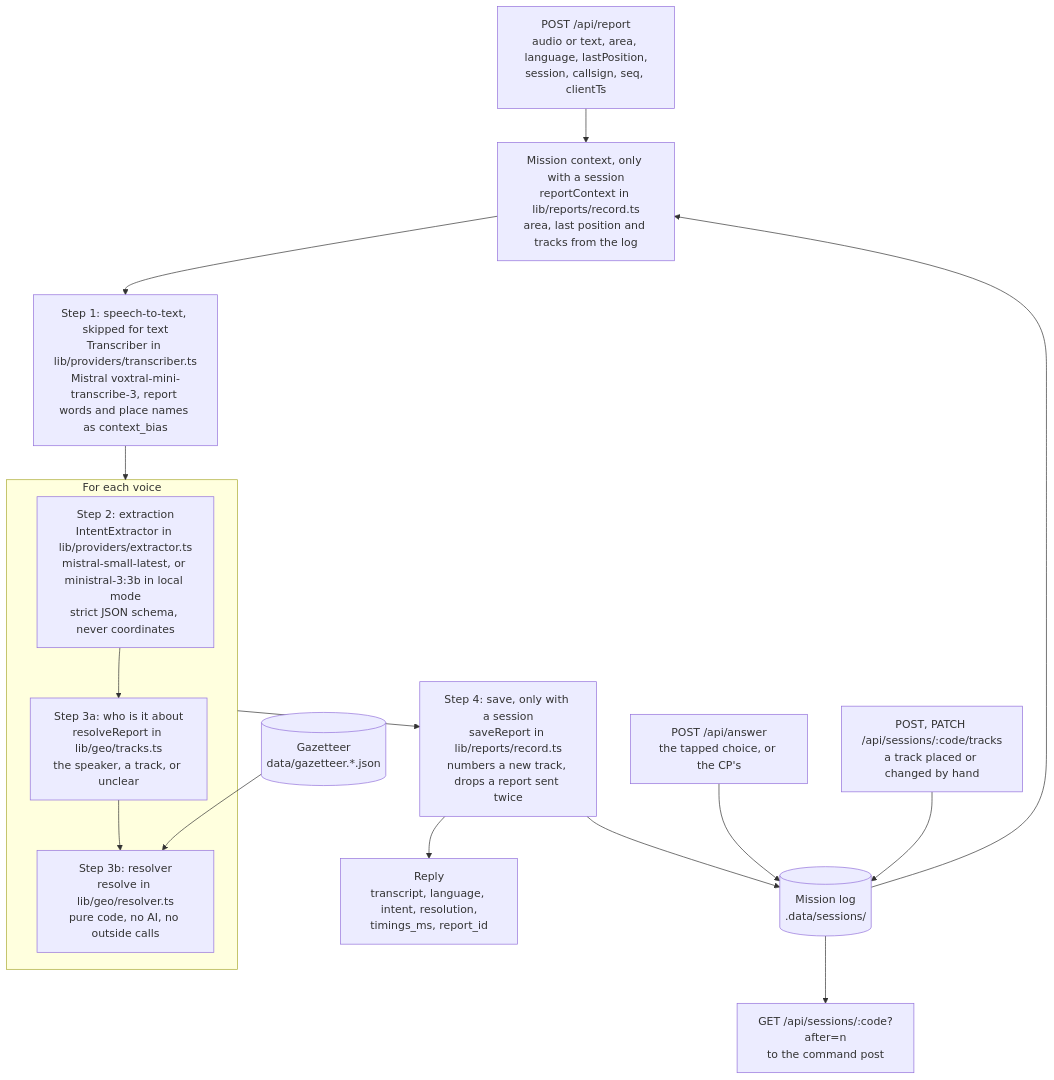
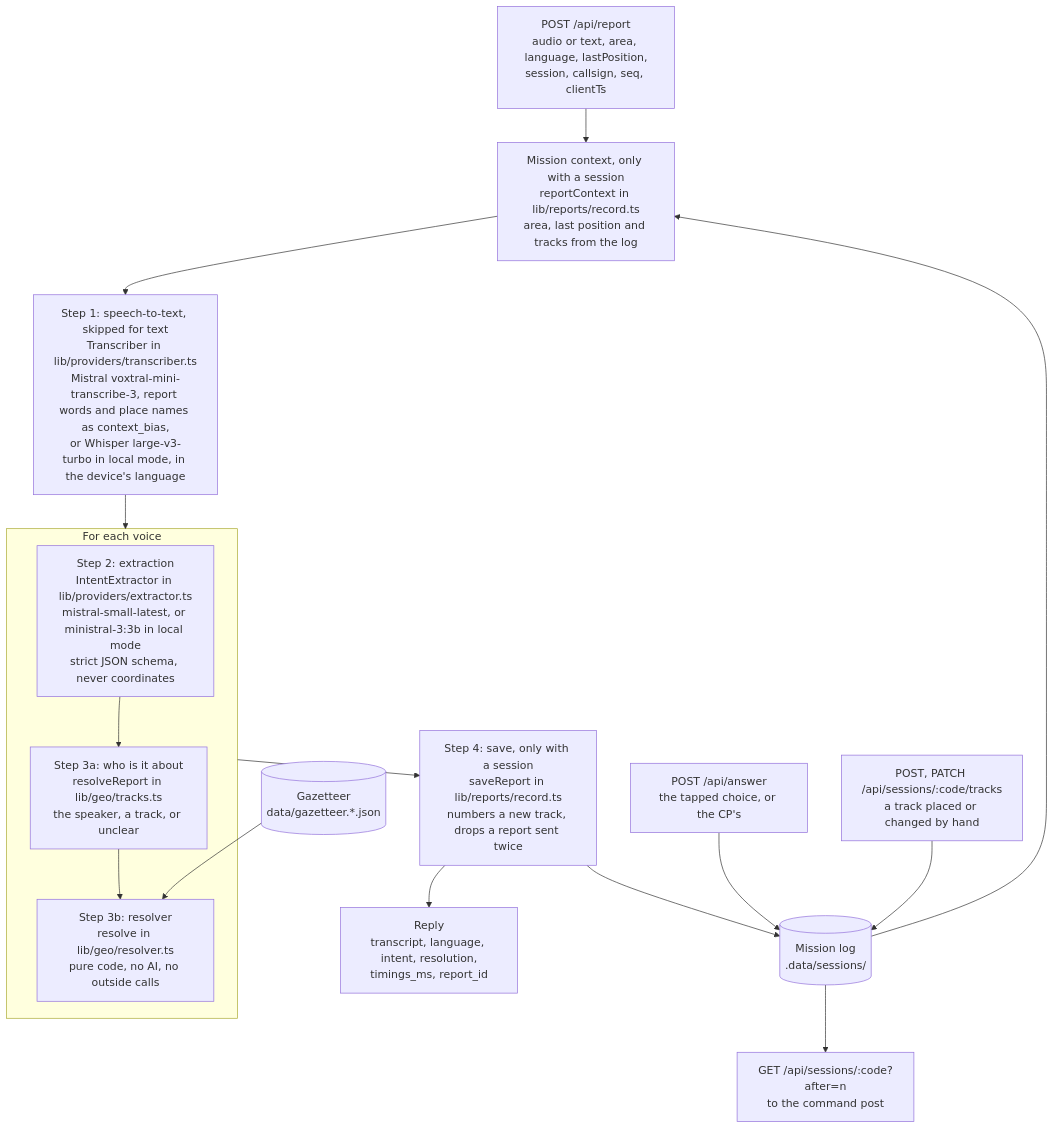
Before and after one commit to adam2765/edth-hackathon: the second of 4 diagrams in docs/architecture.md, drawn with Mermaid. The commit also changed other lines of this file and 17 other files, not shown here.

First line of the commit message:
Offline mode: speech-to-text on the coordinator through whisper-server

````diff
--- a/docs/architecture.md
+++ b/docs/architecture.md
@@ -59,27 +61,27 @@
 ```mermaid
 flowchart TB
     IN["POST /api/report<br/>audio or text, area, language, lastPosition,<br/>session, callsign, seq, clientTs"]
     CTX["Mission context, only with a session<br/>reportContext in lib/reports/record.ts<br/>area, last position and tracks from the log"]
-    STT["Step 1: speech-to-text, skipped for text<br/>Transcriber in lib/providers/transcriber.ts<br/>Mistral voxtral-mini-transcribe-3, report words and place names as context_bias"]
+    STT["Step 1: speech-to-text, skipped for text<br/>Transcriber in lib/providers/transcriber.ts<br/>Mistral voxtral-mini-transcribe-3, report words and place names as context_bias,<br/>or Whisper large-v3-turbo in local mode, in the device's language"]
     subgraph VOICES["For each voice"]
         EXT["Step 2: extraction<br/>IntentExtractor in lib/providers/extractor.ts<br/>mistral-small-latest, or ministral-3:3b in local mode<br/>strict JSON schema, never coordinates"]
         SUB["Step 3a: who is it about<br/>resolveReport in lib/geo/tracks.ts<br/>the speaker, a track, or unclear"]
         RES["Step 3b: resolver<br/>resolve in lib/geo/resolver.ts<br/>pure code, no AI, no outside calls"]
         EXT --> SUB --> RES
     end
     GAZ[("Gazetteer<br/>data/gazetteer.*.json")]
     SAVE["Step 4: save, only with a session<br/>saveReport in lib/reports/record.ts<br/>numbers a new track, drops a report sent twice"]
     OUT["Reply<br/>transcript, language, intent, resolution,<br/>timings_ms, report_id"]
     LOG[("Mission log<br/>.data/sessions/")]
     ANS["POST /api/answer<br/>the tapped choice, or the CP's"]
     PLOT["POST, PATCH /api/sessions/:code/tracks<br/>a track placed or changed by hand"]
     READ["GET /api/sessions/:code?after=n<br/>to the command post"]
 
     IN --> CTX --> STT --> VOICES --> SAVE --> OUT
     GAZ --> RES
     LOG --> CTX
     SAVE --> LOG
     ANS --> LOG
     PLOT --> LOG
     LOG --> READ
 ```
````
